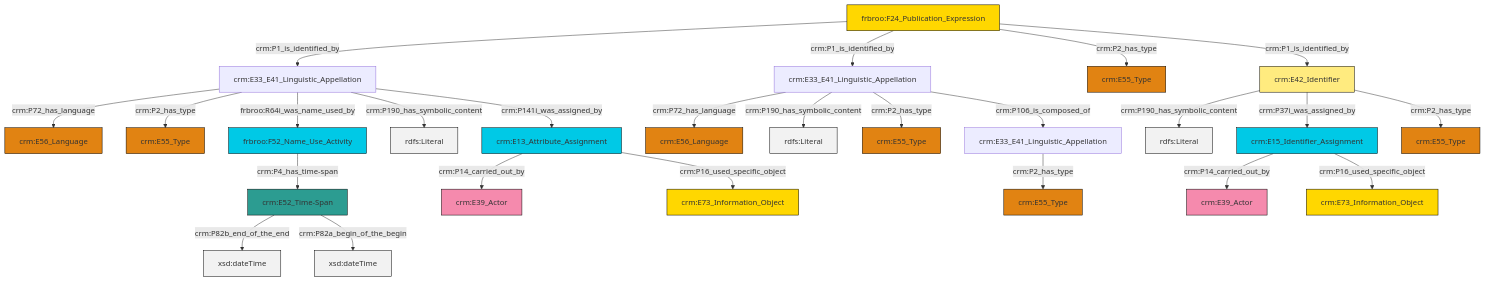
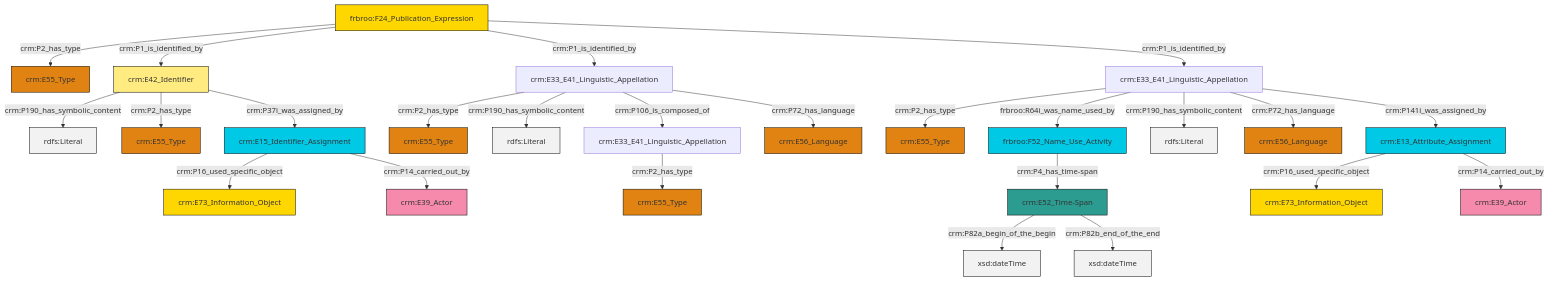
One commit to swiss-art-research-net/docs.swissartresearch changed the diagram in et/biblioCSV/ttl/mmd/biblio_name.ttl.mmd. Above: the diagram before and after it, drawn with Mermaid. The commit also changed 174 other files, not shown here.

```diff
--- a/et/biblioCSV/ttl/mmd/biblio_name.ttl.mmd
+++ b/et/biblioCSV/ttl/mmd/biblio_name.ttl.mmd
@@ -1,39 +1,39 @@
 graph TD
 classDef Literal fill:#f2f2f2,stroke:#000000;
 classDef CRM_Entity fill:#FFFFFF,stroke:#000000;
 classDef Temporal_Entity fill:#00C9E6, stroke:#000000;
 classDef Type fill:#E18312, stroke:#000000;
 classDef Time-Span fill:#2C9C91, stroke:#000000;
 classDef Appellation fill:#FFEB7F, stroke:#000000;
 classDef Place fill:#008836, stroke:#000000;
 classDef Persistent_Item fill:#B266B2, stroke:#000000;
 classDef Conceptual_Object fill:#FFD700, stroke:#000000;
 classDef Physical_Thing fill:#D2B48C, stroke:#000000;
 classDef Actor fill:#f58aad, stroke:#000000;
 classDef PC_Classes fill:#4ce600, stroke:#000000;
 classDef Multi fill:#cccccc,stroke:#000000;
 
+0["crm:E33_E41_Linguistic_Appellation"]:::Default -->|crm:P2_has_type| 1["crm:E55_Type"]:::Type
 4["crm:E42_Identifier"]:::Appellation -->|crm:P190_has_symbolic_content| 5[rdfs:Literal]:::Literal
-6["crm:E15_Identifier_Assignment"]:::Temporal_Entity -->|crm:P14_carried_out_by| 7["crm:E39_Actor"]:::Actor
-10["frbroo:F52_Name_Use_Activity"]:::Temporal_Entity -->|crm:P4_has_time-span| 11["crm:E52_Time-Span"]:::Time-Span
-19["frbroo:F24_Publication_Expression"]:::Conceptual_Object -->|crm:P1_is_identified_by| 15["crm:E33_E41_Linguistic_Appellation"]:::Default
-0["crm:E13_Attribute_Assignment"]:::Temporal_Entity -->|crm:P14_carried_out_by| 22["crm:E39_Actor"]:::Actor
-6["crm:E15_Identifier_Assignment"]:::Temporal_Entity -->|crm:P16_used_specific_object| 17["crm:E73_Information_Object"]:::Conceptual_Object
-12["crm:E33_E41_Linguistic_Appellation"]:::Default -->|crm:P2_has_type| 26["crm:E55_Type"]:::Type
-0["crm:E13_Attribute_Assignment"]:::Temporal_Entity -->|crm:P16_used_specific_object| 8["crm:E73_Information_Object"]:::Conceptual_Object
-19["frbroo:F24_Publication_Expression"]:::Conceptual_Object -->|crm:P1_is_identified_by| 27["crm:E33_E41_Linguistic_Appellation"]:::Default
-4["crm:E42_Identifier"]:::Appellation -->|crm:P37i_was_assigned_by| 6["crm:E15_Identifier_Assignment"]:::Temporal_Entity
-11["crm:E52_Time-Span"]:::Time-Span -->|crm:P82b_end_of_the_end| 34[xsd:dateTime]:::Literal
+0["crm:E33_E41_Linguistic_Appellation"]:::Default -->|crm:P190_has_symbolic_content| 6[rdfs:Literal]:::Literal
+7["crm:E52_Time-Span"]:::Time-Span -->|crm:P82a_begin_of_the_begin| 8[xsd:dateTime]:::Literal
+0["crm:E33_E41_Linguistic_Appellation"]:::Default -->|crm:P106_is_composed_of| 9["crm:E33_E41_Linguistic_Appellation"]:::Default
+11["frbroo:F24_Publication_Expression"]:::Conceptual_Object -->|crm:P2_has_type| 2["crm:E55_Type"]:::Type
+20["crm:E33_E41_Linguistic_Appellation"]:::Default -->|crm:P2_has_type| 21["crm:E55_Type"]:::Type
+20["crm:E33_E41_Linguistic_Appellation"]:::Default -->|frbroo:R64i_was_name_used_by| 22["frbroo:F52_Name_Use_Activity"]:::Temporal_Entity
+20["crm:E33_E41_Linguistic_Appellation"]:::Default -->|crm:P190_has_symbolic_content| 25[rdfs:Literal]:::Literal
+11["frbroo:F24_Publication_Expression"]:::Conceptual_Object -->|crm:P1_is_identified_by| 4["crm:E42_Identifier"]:::Appellation
+26["crm:E15_Identifier_Assignment"]:::Temporal_Entity -->|crm:P16_used_specific_object| 14["crm:E73_Information_Object"]:::Conceptual_Object
+26["crm:E15_Identifier_Assignment"]:::Temporal_Entity -->|crm:P14_carried_out_by| 23["crm:E39_Actor"]:::Actor
+9["crm:E33_E41_Linguistic_Appellation"]:::Default -->|crm:P2_has_type| 28["crm:E55_Type"]:::Type
+20["crm:E33_E41_Linguistic_Appellation"]:::Default -->|crm:P72_has_language| 29["crm:E56_Language"]:::Type
+16["crm:E13_Attribute_Assignment"]:::Temporal_Entity -->|crm:P16_used_specific_object| 18["crm:E73_Information_Object"]:::Conceptual_Object
+20["crm:E33_E41_Linguistic_Appellation"]:::Default -->|crm:P141i_was_assigned_by| 16["crm:E13_Attribute_Assignment"]:::Temporal_Entity
+22["frbroo:F52_Name_Use_Activity"]:::Temporal_Entity -->|crm:P4_has_time-span| 7["crm:E52_Time-Span"]:::Time-Span
 4["crm:E42_Identifier"]:::Appellation -->|crm:P2_has_type| 37["crm:E55_Type"]:::Type
-27["crm:E33_E41_Linguistic_Appellation"]:::Default -->|crm:P72_has_language| 35["crm:E56_Language"]:::Type
-27["crm:E33_E41_Linguistic_Appellation"]:::Default -->|crm:P190_has_symbolic_content| 41[rdfs:Literal]:::Literal
-11["crm:E52_Time-Span"]:::Time-Span -->|crm:P82a_begin_of_the_begin| 42[xsd:dateTime]:::Literal
-15["crm:E33_E41_Linguistic_Appellation"]:::Default -->|crm:P72_has_language| 2["crm:E56_Language"]:::Type
-15["crm:E33_E41_Linguistic_Appellation"]:::Default -->|crm:P2_has_type| 30["crm:E55_Type"]:::Type
-15["crm:E33_E41_Linguistic_Appellation"]:::Default -->|frbroo:R64i_was_name_used_by| 10["frbroo:F52_Name_Use_Activity"]:::Temporal_Entity
-19["frbroo:F24_Publication_Expression"]:::Conceptual_Object -->|crm:P2_has_type| 32["crm:E55_Type"]:::Type
-27["crm:E33_E41_Linguistic_Appellation"]:::Default -->|crm:P2_has_type| 20["crm:E55_Type"]:::Type
-15["crm:E33_E41_Linguistic_Appellation"]:::Default -->|crm:P190_has_symbolic_content| 45[rdfs:Literal]:::Literal
-19["frbroo:F24_Publication_Expression"]:::Conceptual_Object -->|crm:P1_is_identified_by| 4["crm:E42_Identifier"]:::Appellation
-15["crm:E33_E41_Linguistic_Appellation"]:::Default -->|crm:P141i_was_assigned_by| 0["crm:E13_Attribute_Assignment"]:::Temporal_Entity
-27["crm:E33_E41_Linguistic_Appellation"]:::Default -->|crm:P106_is_composed_of| 12["crm:E33_E41_Linguistic_Appellation"]:::Default
+0["crm:E33_E41_Linguistic_Appellation"]:::Default -->|crm:P72_has_language| 31["crm:E56_Language"]:::Type
+16["crm:E13_Attribute_Assignment"]:::Temporal_Entity -->|crm:P14_carried_out_by| 12["crm:E39_Actor"]:::Actor
+11["frbroo:F24_Publication_Expression"]:::Conceptual_Object -->|crm:P1_is_identified_by| 0["crm:E33_E41_Linguistic_Appellation"]:::Default
+7["crm:E52_Time-Span"]:::Time-Span -->|crm:P82b_end_of_the_end| 44[xsd:dateTime]:::Literal
+4["crm:E42_Identifier"]:::Appellation -->|crm:P37i_was_assigned_by| 26["crm:E15_Identifier_Assignment"]:::Temporal_Entity
+11["frbroo:F24_Publication_Expression"]:::Conceptual_Object -->|crm:P1_is_identified_by| 20["crm:E33_E41_Linguistic_Appellation"]:::Default
```
